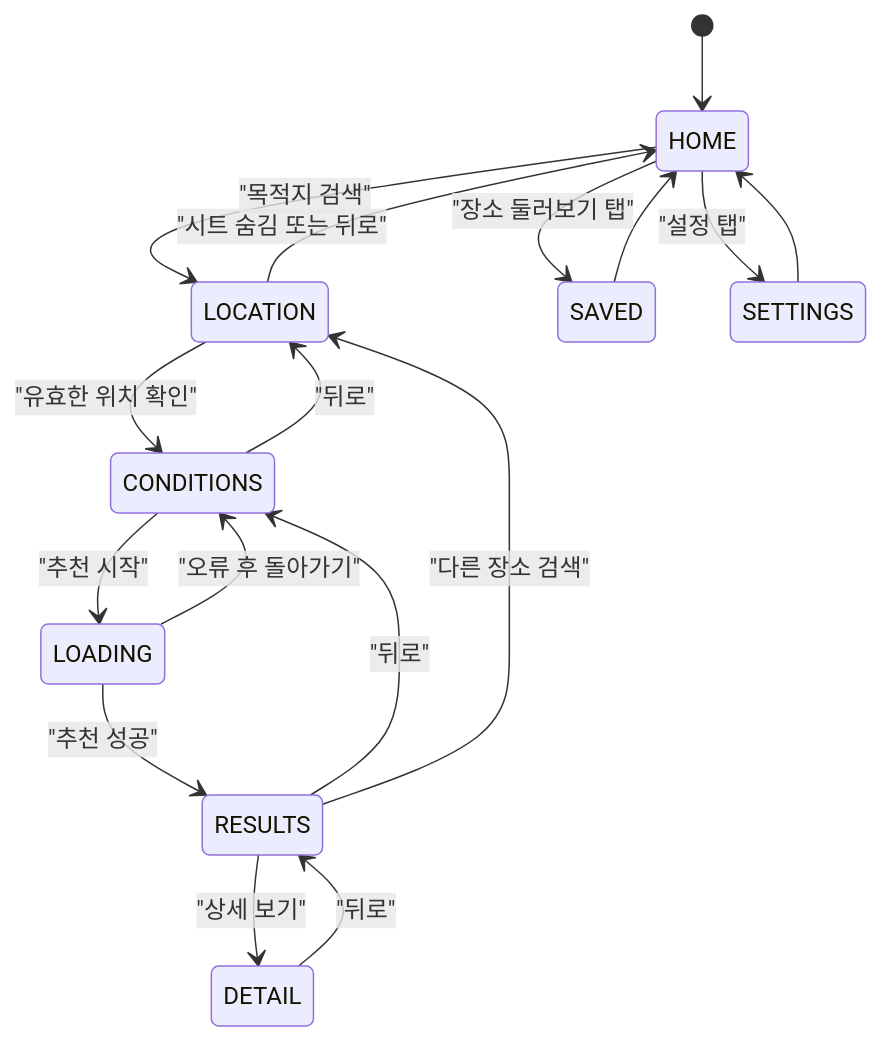
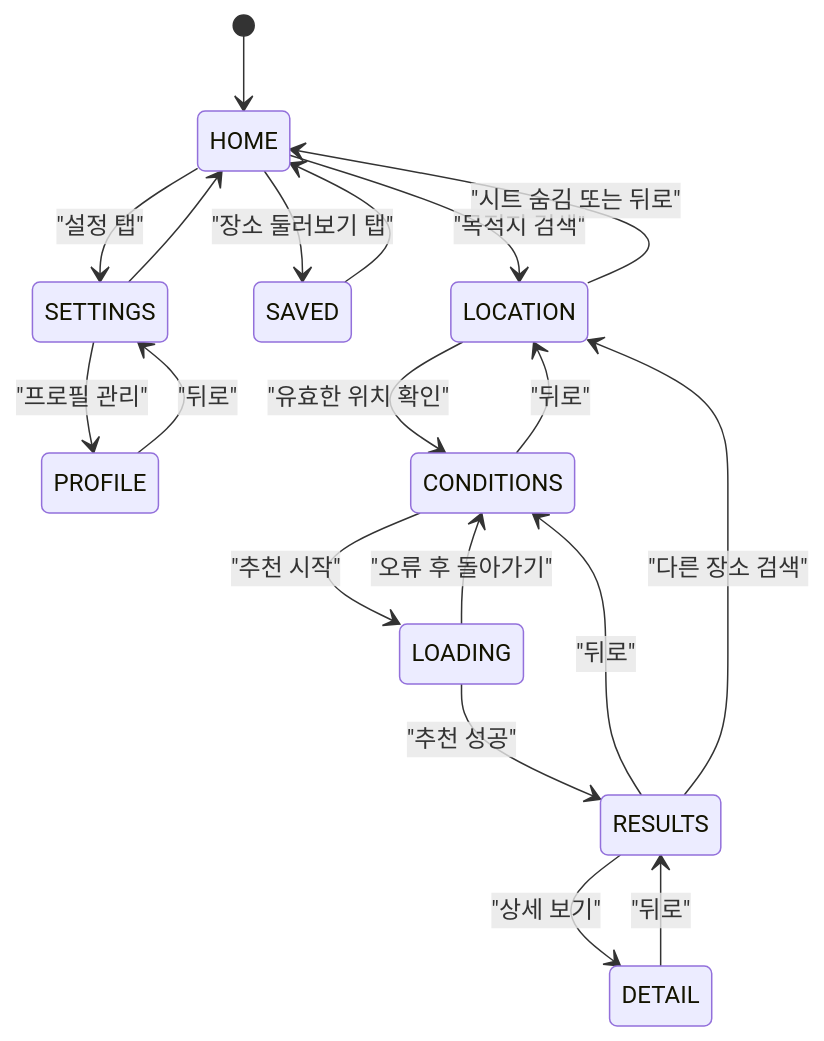
Before and after one commit to Newrred/tteumsae: the second of 4 diagrams in docs/02_ARCHITECTURE.md, drawn with Mermaid. The commit also changed other lines of this file and 8 other files, not shown here.

````diff
--- a/docs/02_ARCHITECTURE.md
+++ b/docs/02_ARCHITECTURE.md
@@ -83,19 +92,21 @@
 ```mermaid
 stateDiagram-v2
     [*] --> HOME
     HOME --> LOCATION: "목적지 검색"
     HOME --> SAVED: "장소 둘러보기 탭"
     HOME --> SETTINGS: "설정 탭"
+    SETTINGS --> PROFILE: "프로필 관리"
+    PROFILE --> SETTINGS: "뒤로"
     LOCATION --> CONDITIONS: "유효한 위치 확인"
     CONDITIONS --> LOCATION: "뒤로"
     CONDITIONS --> LOADING: "추천 시작"
     LOADING --> RESULTS: "추천 성공"
     LOADING --> CONDITIONS: "오류 후 돌아가기"
     RESULTS --> CONDITIONS: "뒤로"
     RESULTS --> DETAIL: "상세 보기"
     DETAIL --> RESULTS: "뒤로"
     RESULTS --> LOCATION: "다른 장소 검색"
     LOCATION --> HOME: "시트 숨김 또는 뒤로"
     SAVED --> HOME
     SETTINGS --> HOME
 ```
````
